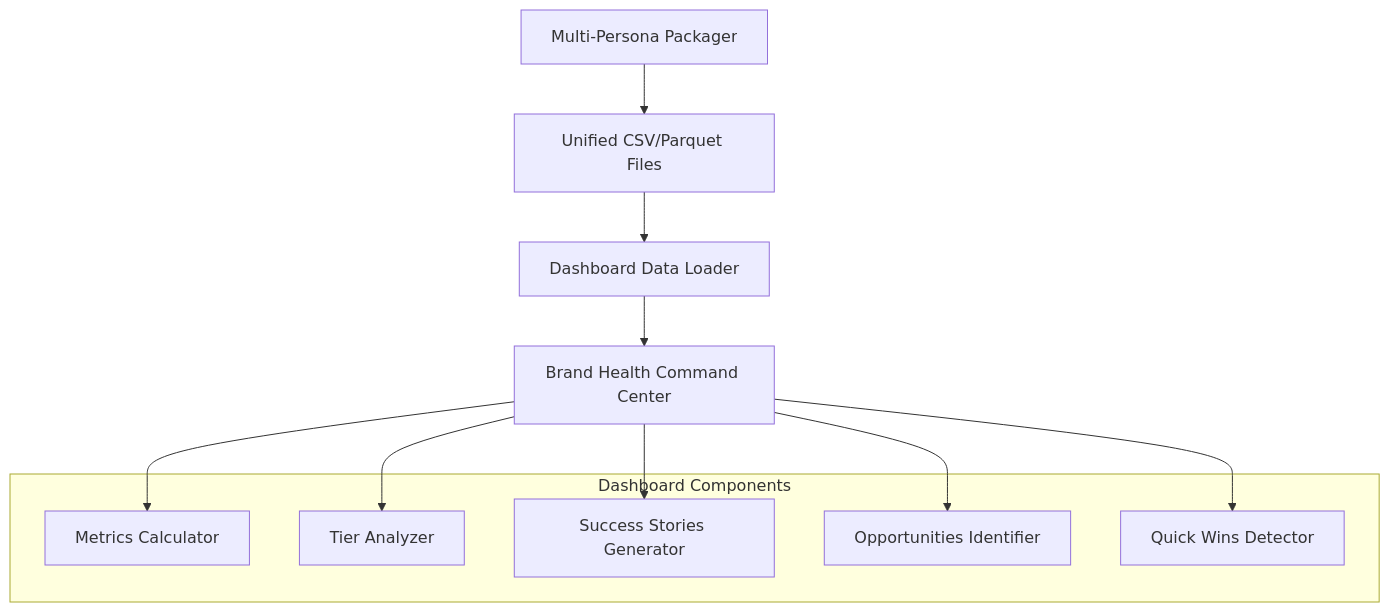
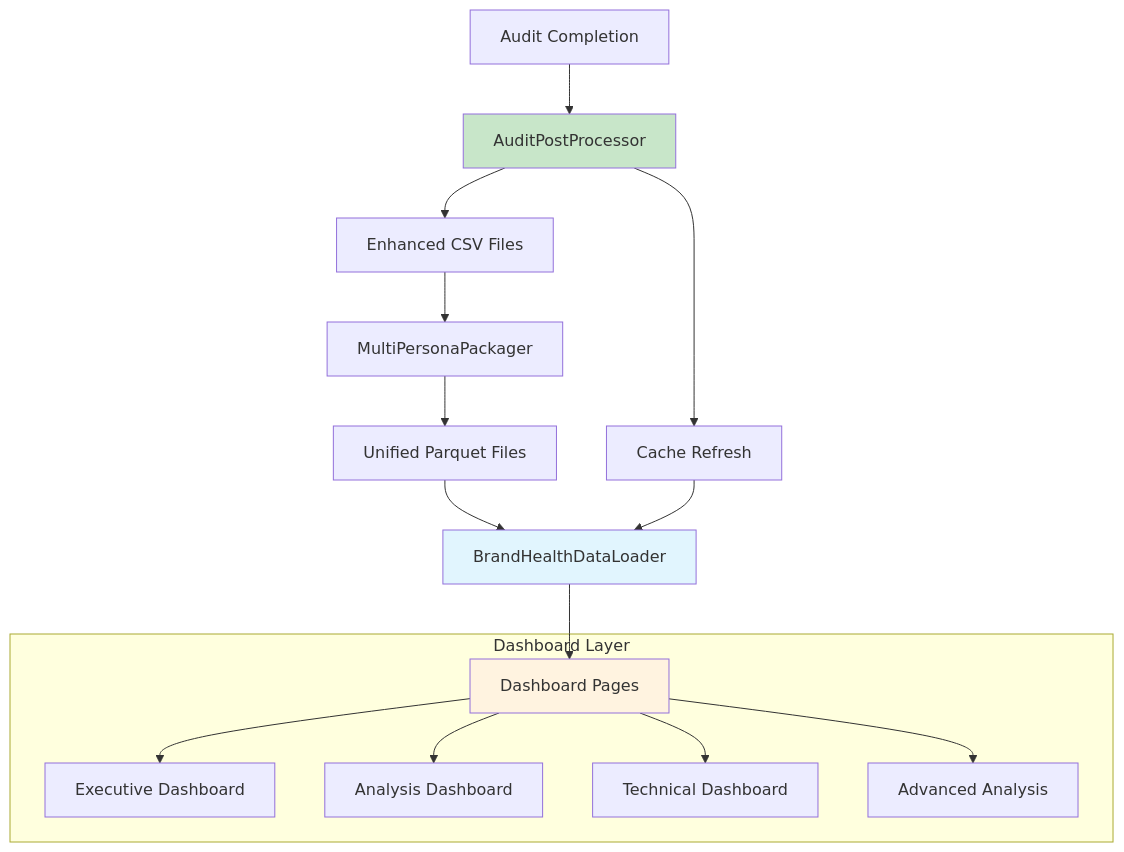
The fourth of 5 diagrams in product/technical_architecture.md (jasonlmagnus/sopra_steria), drawn with Mermaid before and after one commit. The commit also changed other lines of this file and 4 other files, not shown here.

````diff
--- a/product/technical_architecture.md
+++ b/product/technical_architecture.md
@@ -437,20 +547,23 @@
 ```mermaid
 graph TD
-    A[Multi-Persona Packager] --> B[Unified CSV/Parquet Files]
-    B --> C[Dashboard Data Loader]
-    C --> D[Brand Health Command Center]
+    A[Audit Completion] --> B[AuditPostProcessor]
+    B --> C[Enhanced CSV Files]
+    C --> D[MultiPersonaPackager]
+    D --> E[Unified Parquet Files]
+    E --> F[BrandHealthDataLoader]
+    F --> G[Dashboard Pages]
 
-    subgraph "Dashboard Components"
-        E[Metrics Calculator]
-        F[Tier Analyzer]
-        G[Success Stories Generator]
-        H[Opportunities Identifier]
-        I[Quick Wins Detector]
+    subgraph "Dashboard Layer"
+        G --> H[Executive Dashboard]
+        G --> I[Analysis Dashboard]
+        G --> J[Technical Dashboard]
+        G --> K[Advanced Analysis]
     end
 
-    D --> E
-    D --> F
-    D --> G
-    D --> H
-    D --> I
+    B --> L[Cache Refresh]
+    L --> F
+
+    style B fill:#c8e6c9
+    style F fill:#e1f5fe
+    style G fill:#fff3e0
 ```
````
